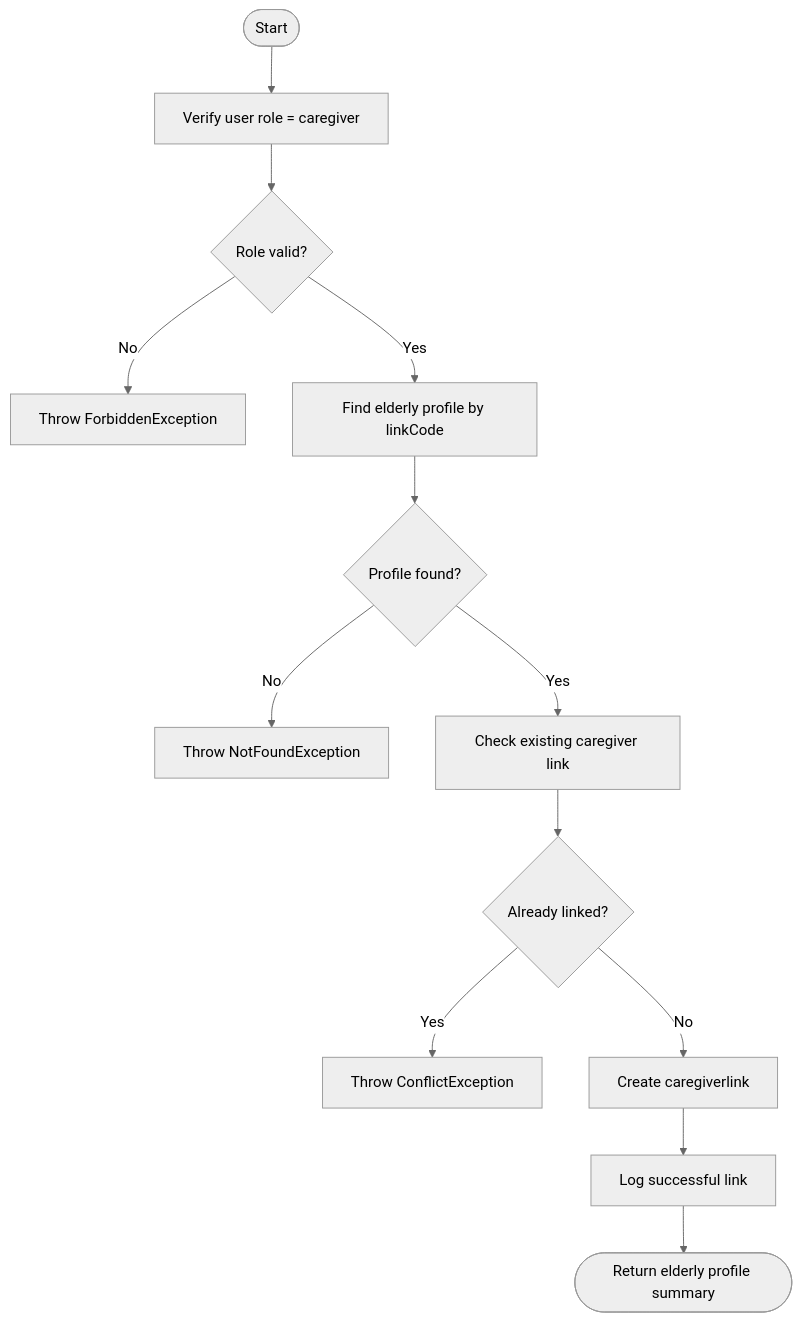
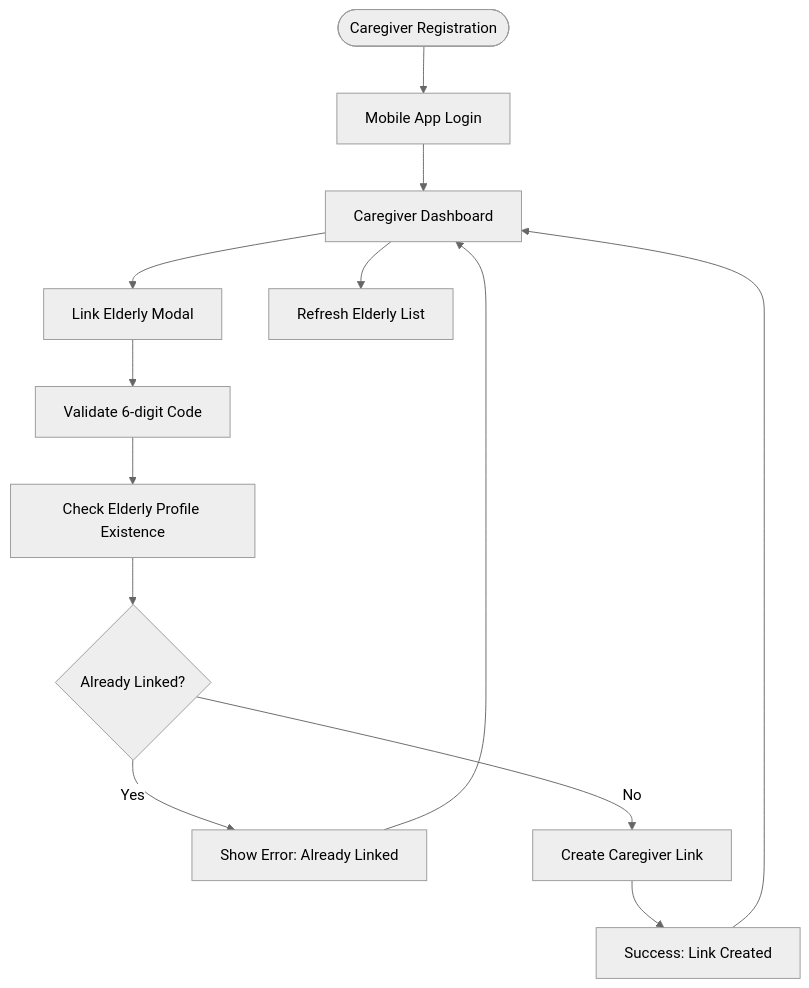
The fourth of 8 diagrams in .qoder/repowiki/en/content/Caregiver Integration.md (jairosouza67/99-Pai), drawn with Mermaid (neutral theme) before and after one commit. The commit also changed other lines of this file and 17 other files, not shown here.

````diff
--- a/.qoder/repowiki/en/content/Caregiver Integration.md
+++ b/.qoder/repowiki/en/content/Caregiver Integration.md
@@ -170,15 +251,15 @@
 ```mermaid
 flowchart TD
-Start(["Start"]) --> CheckRole["Verify user role = caregiver"]
-CheckRole --> RoleOK{"Role valid?"}
-RoleOK --> |No| Forbidden["Throw ForbiddenException"]
-RoleOK --> |Yes| LookupProfile["Find elderly profile by linkCode"]
-LookupProfile --> Found{"Profile found?"}
-Found --> |No| NotFound["Throw NotFoundException"]
-Found --> |Yes| CheckLink["Check existing caregiver link"]
-CheckLink --> Exists{"Already linked?"}
-Exists --> |Yes| Conflict["Throw ConflictException"]
-Exists --> |No| CreateLink["Create caregiverlink"]
-CreateLink --> Log["Log successful link"]
-Log --> Done(["Return elderly profile summary"])
+Start(["Caregiver Registration"]) --> MobileLogin["Mobile App Login"]
+MobileLogin --> Dashboard["Caregiver Dashboard"]
+Dashboard --> LinkModal["Link Elderly Modal"]
+LinkModal --> ValidateCode["Validate 6-digit Code"]
+ValidateCode --> CheckProfile["Check Elderly Profile Existence"]
+CheckProfile --> AlreadyLinked{"Already Linked?"}
+AlreadyLinked --> |Yes| ShowError["Show Error: Already Linked"]
+AlreadyLinked --> |No| CreateLink["Create Caregiver Link"]
+CreateLink --> Success["Success: Link Created"]
+ShowError --> Dashboard
+Success --> Dashboard
+Dashboard --> ElderlyList["Refresh Elderly List"]
 ```
````
